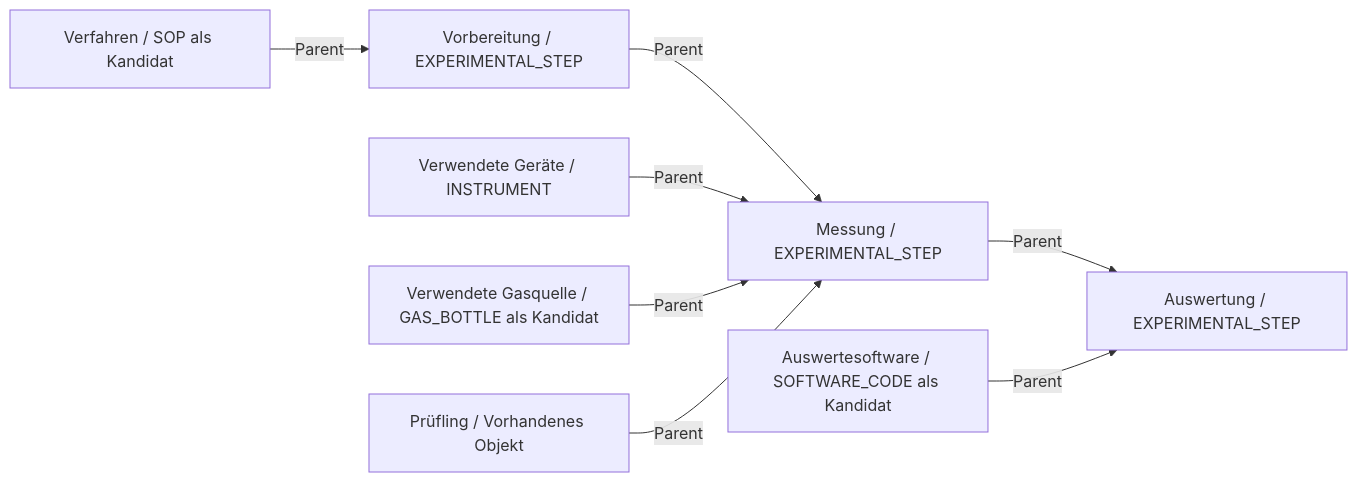
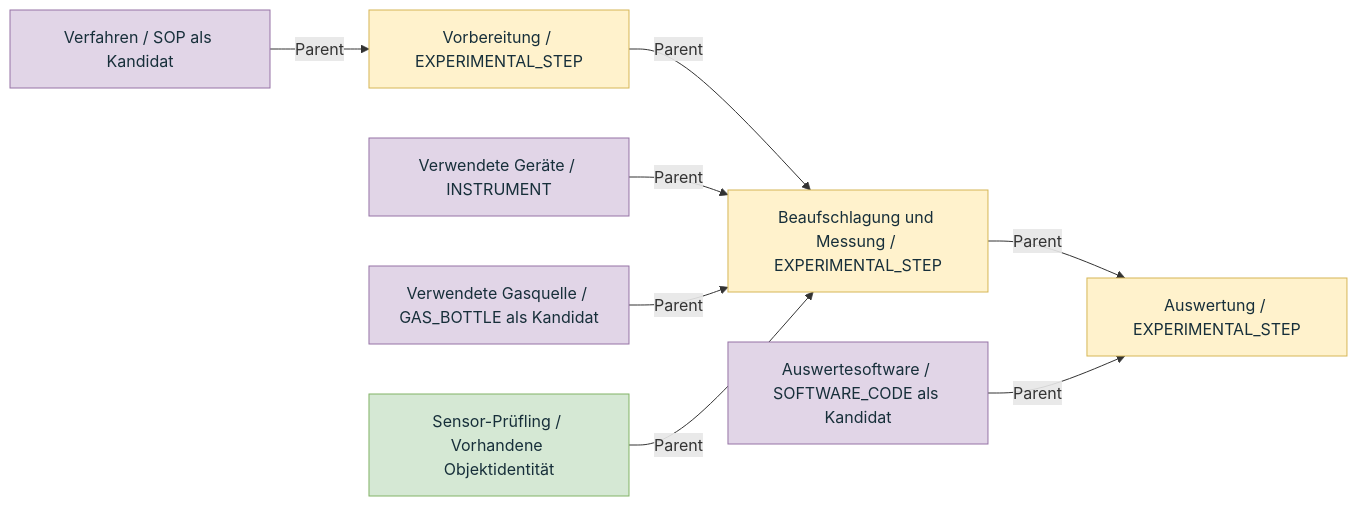
One commit to pneumann1980/gasi-openbis changed the fourth of 4 diagrams in docs/GaSi_Konzeptmodell.md. Above: the diagram before and after it, drawn with Mermaid. The commit also changed other lines of this file and 24 other files, not shown here.

````diff
--- a/docs/GaSi_Konzeptmodell.md
+++ b/docs/GaSi_Konzeptmodell.md
@@ -214,11 +269,17 @@
 ```mermaid
 flowchart LR
     %% gasi-view: relations
     Q[Verfahren / SOP als Kandidat] -->|Parent| P[Vorbereitung / EXPERIMENTAL_STEP]
-    P -->|Parent| M[Messung / EXPERIMENTAL_STEP]
+    P -->|Parent| M[Beaufschlagung und Messung / EXPERIMENTAL_STEP]
     M -->|Parent| E[Auswertung / EXPERIMENTAL_STEP]
     I[Verwendete Geräte / INSTRUMENT] -->|Parent| M
     G[Verwendete Gasquelle / GAS_BOTTLE als Kandidat] -->|Parent| M
-    D[Prüfling / Vorhandenes Objekt] -->|Parent| M
+    D[Sensor-Prüfling / Vorhandene Objektidentität] -->|Parent| M
     W[Auswertesoftware / SOFTWARE_CODE als Kandidat] -->|Parent| E
+    classDef activity fill:#fff2cc,stroke:#d6b656,color:#172f3a
+    classDef sample fill:#d5e8d4,stroke:#82b366,color:#172f3a
+    classDef resource fill:#e1d5e7,stroke:#9673a6,color:#172f3a
+    class P,M,E activity
+    class D sample
+    class Q,I,G,W resource
 ```
````
